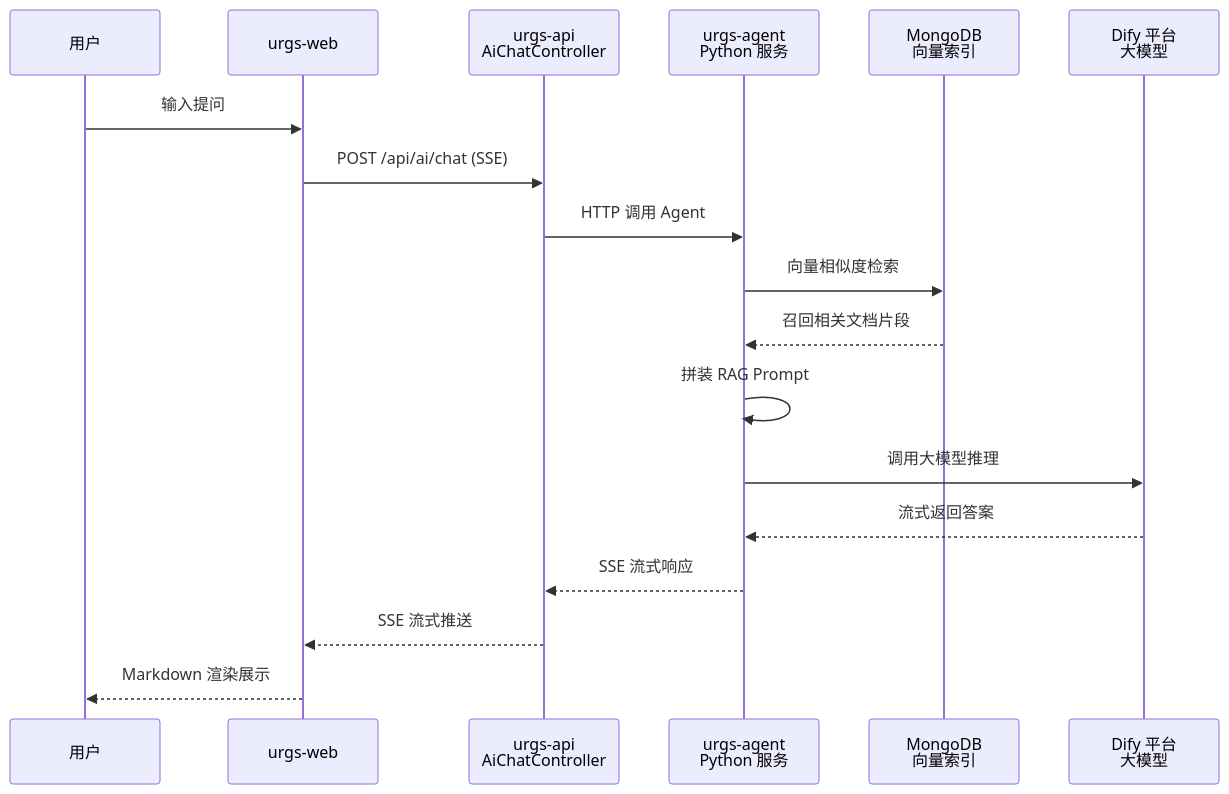
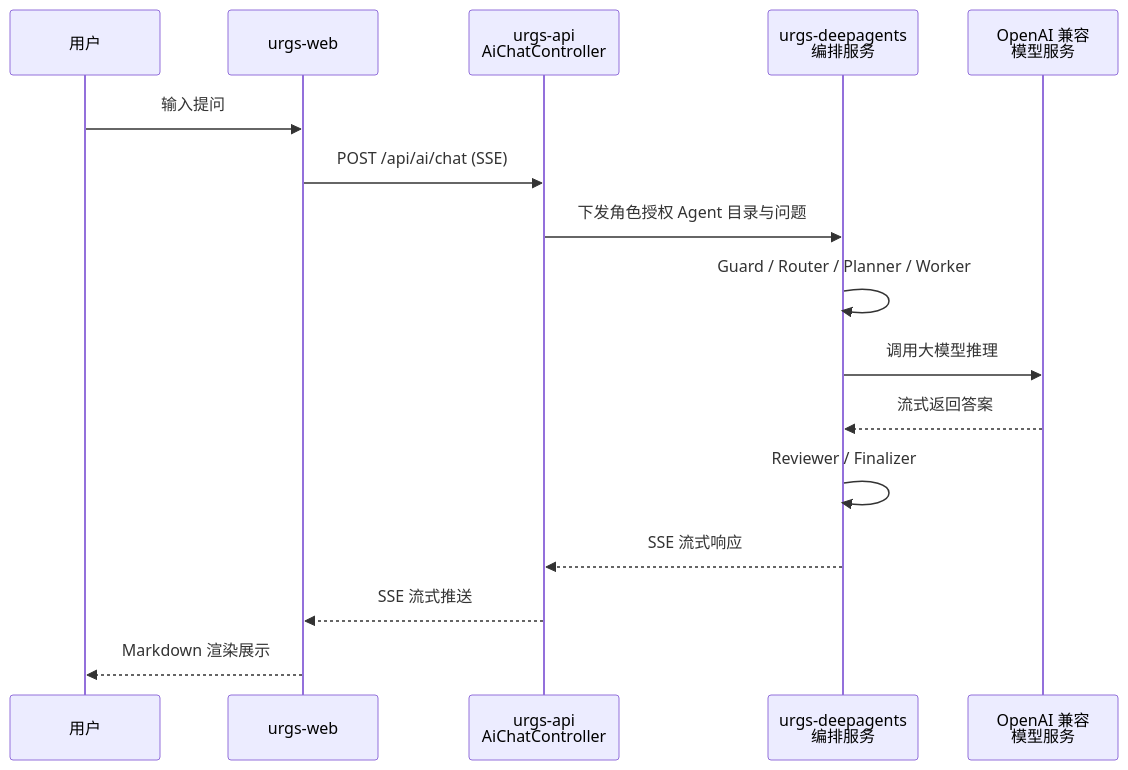
One commit to Jingkzhou/urgs changed the fourth of 7 diagrams in docs/architecture/architecture-diagrams.md. Above: the diagram before and after it, drawn with Mermaid. The commit also changed other lines of this file and 63 other files, not shown here.

````diff
--- a/docs/architecture/architecture-diagrams.md
+++ b/docs/architecture/architecture-diagrams.md
@@ -115,21 +115,19 @@
 ```mermaid
 sequenceDiagram
     participant U as 用户
     participant W as urgs-web
     participant A as urgs-api<br/>AiChatController
-    participant G as urgs-agent<br/>Python 服务
-    participant V as MongoDB<br/>向量索引
-    participant D as Dify 平台<br/>大模型
+    participant G as urgs-deepagents<br/>编排服务
+    participant D as OpenAI 兼容<br/>模型服务
 
     U->>W: 输入提问
     W->>A: POST /api/ai/chat (SSE)
-    A->>G: HTTP 调用 Agent
-    G->>V: 向量相似度检索
-    V-->>G: 召回相关文档片段
-    G->>G: 拼装 RAG Prompt
+    A->>G: 下发角色授权 Agent 目录与问题
+    G->>G: Guard / Router / Planner / Worker
     G->>D: 调用大模型推理
     D-->>G: 流式返回答案
+    G->>G: Reviewer / Finalizer
     G-->>A: SSE 流式响应
     A-->>W: SSE 流式推送
     W-->>U: Markdown 渲染展示
 ```
````
